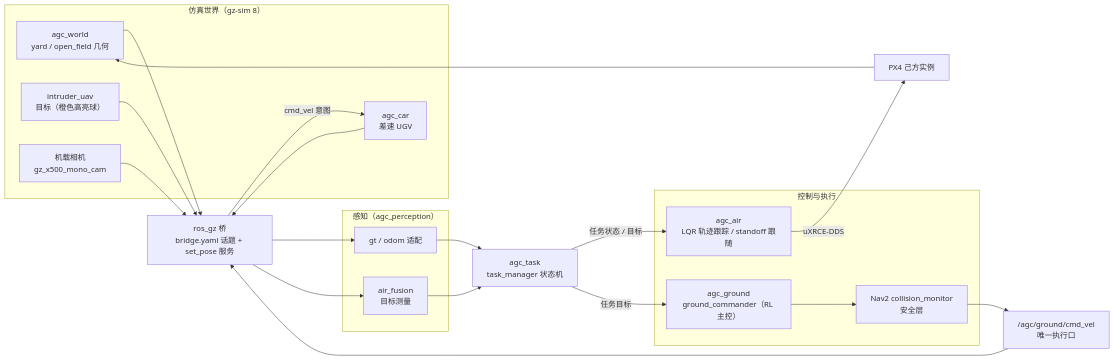
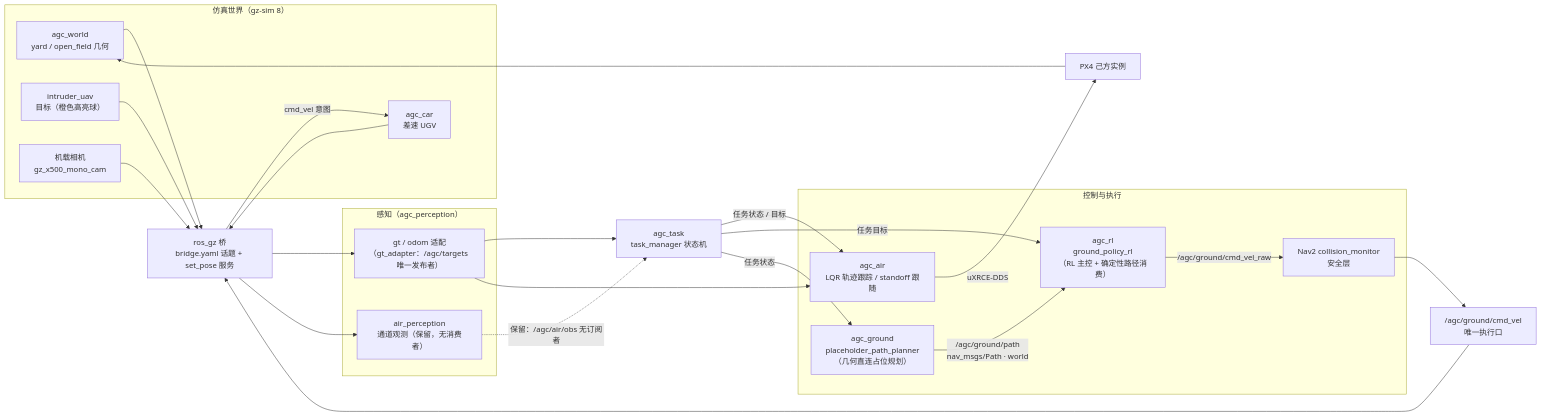
The second of 2 diagrams in docs/conventions/系统结构图.md (loiterlogic/air-ground-counter-drone), drawn with Mermaid before and after one commit. The commit also changed other lines of this file and 741 other files, not shown here.

````diff
--- a/docs/conventions/系统结构图.md
+++ b/docs/conventions/系统结构图.md
@@ -214,43 +214,47 @@
 ```mermaid
 flowchart LR
     subgraph SIMW["仿真世界（gz-sim 8）"]
         WORLD["agc_world<br/>yard / open_field 几何"]
         CAR["agc_car<br/>差速 UGV"]
         TGT["intruder_uav<br/>目标（橙色高亮球）"]
         CAM["机载相机<br/>gz_x500_mono_cam"]
     end
 
     BRIDGE["ros_gz 桥<br/>bridge.yaml 话题 + set_pose 服务"]
 
     subgraph PERC["感知（agc_perception）"]
-        GT["gt / odom 适配"]
-        FUS["air_fusion<br/>目标测量"]
+        GT["gt / odom 适配<br/>（gt_adapter：/agc/targets 唯一发布者）"]
+        AP["air_perception<br/>通道观测（保留，无消费者）"]
     end
 
     TM["agc_task<br/>task_manager 状态机"]
 
     subgraph CTRL2["控制与执行"]
         AIRT["agc_air<br/>LQR 轨迹跟踪 / standoff 跟随"]
-        GC["agc_ground<br/>ground_commander（RL 主控）"]
+        PLANNER["agc_ground<br/>placeholder_path_planner<br/>（几何直连占位规划）"]
+        GC["agc_rl<br/>ground_policy_rl<br/>（RL 主控 + 确定性路径消费）"]
         SHIELD["Nav2 collision_monitor<br/>安全层"]
     end
 
     PORT["/agc/ground/cmd_vel<br/>唯一执行口"]
 
     WORLD --> BRIDGE
     CAR --> BRIDGE
     TGT --> BRIDGE
     CAM --> BRIDGE
     BRIDGE --> GT
-    BRIDGE --> FUS
+    BRIDGE --> AP
     GT --> TM
-    FUS --> TM
+    GT --> AIRT
+    AP -.->|"保留：/agc/air/obs 无订阅者"| TM
     TM -->|任务状态 / 目标| AIRT
     TM -->|任务目标| GC
-    GC --> SHIELD
+    TM -->|任务状态| PLANNER
+    PLANNER -->|"/agc/ground/path<br/>nav_msgs/Path · world"| GC
+    GC -->|"/agc/ground/cmd_vel_raw"| SHIELD
     SHIELD --> PORT
     PORT --> BRIDGE
     BRIDGE -->|cmd_vel 意图| CAR
     AIRT -->|uXRCE-DDS| PX4A["PX4 己方实例"]
     PX4A --> WORLD
 ```
````
